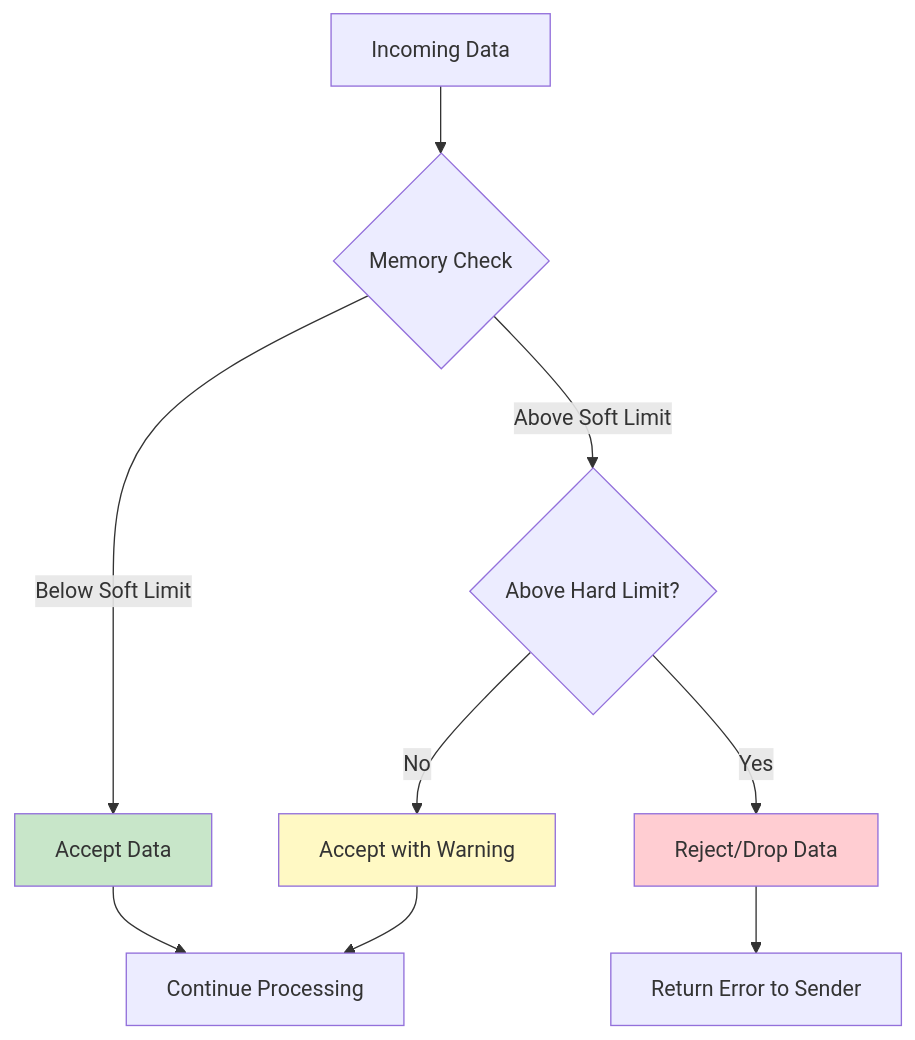
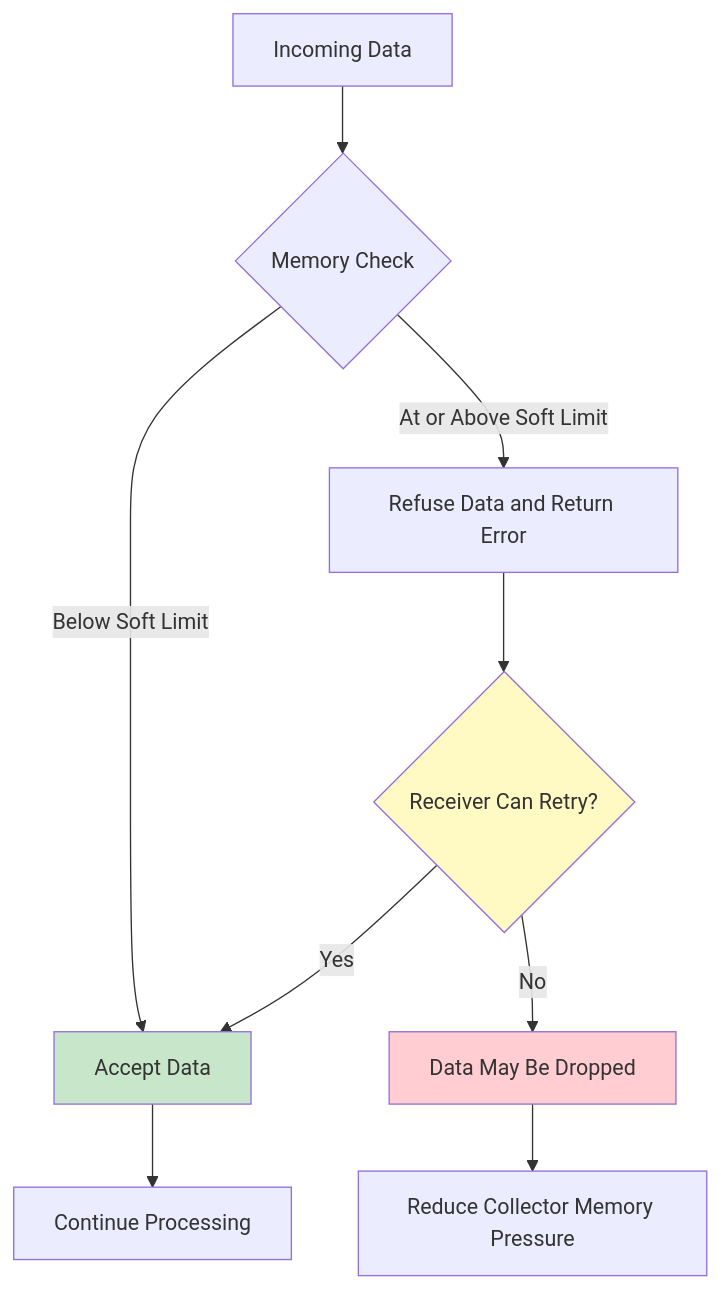
Before and after one commit to OneUptime/blog: the second of 4 diagrams in posts/2026-01-24-configure-opentelemetry-processors/README.md, drawn with Mermaid. The commit also changed other lines of this file and 4262 other files, not shown here.

````diff
--- a/posts/2026-01-24-configure-opentelemetry-processors/README.md
+++ b/posts/2026-01-24-configure-opentelemetry-processors/README.md
@@ -60,15 +60,15 @@
 ```mermaid
 flowchart TD
     A[Incoming Data] --> B{Memory Check}
     B -->|Below Soft Limit| C[Accept Data]
-    B -->|Above Soft Limit| D{Above Hard Limit?}
-    D -->|No| E[Accept with Warning]
-    D -->|Yes| F[Reject/Drop Data]
+    B -->|At or Above Soft Limit| D[Refuse Data and Return Error]
+    D --> E{Receiver Can Retry?}
+    E -->|Yes| C
+    E -->|No| F[Data May Be Dropped]
     C --> G[Continue Processing]
-    E --> G
-    F --> H[Return Error to Sender]
+    F --> H[Reduce Collector Memory Pressure]
 
     style C fill:#c8e6c9
     style E fill:#fff9c4
     style F fill:#ffcdd2
 ```
````
